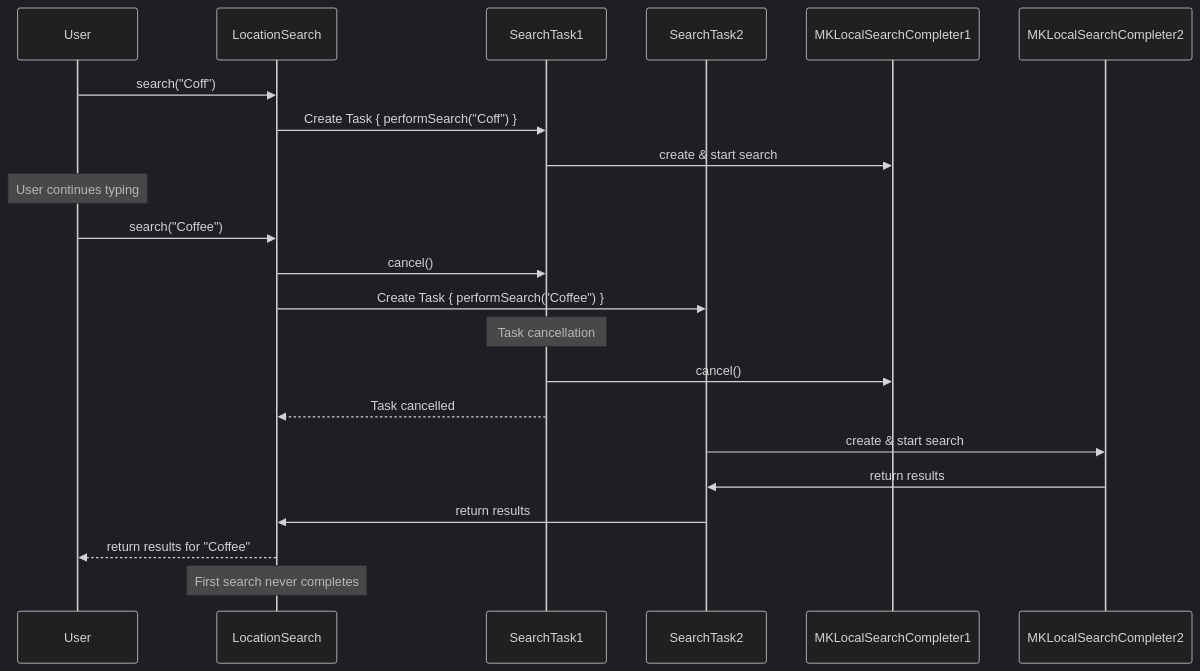
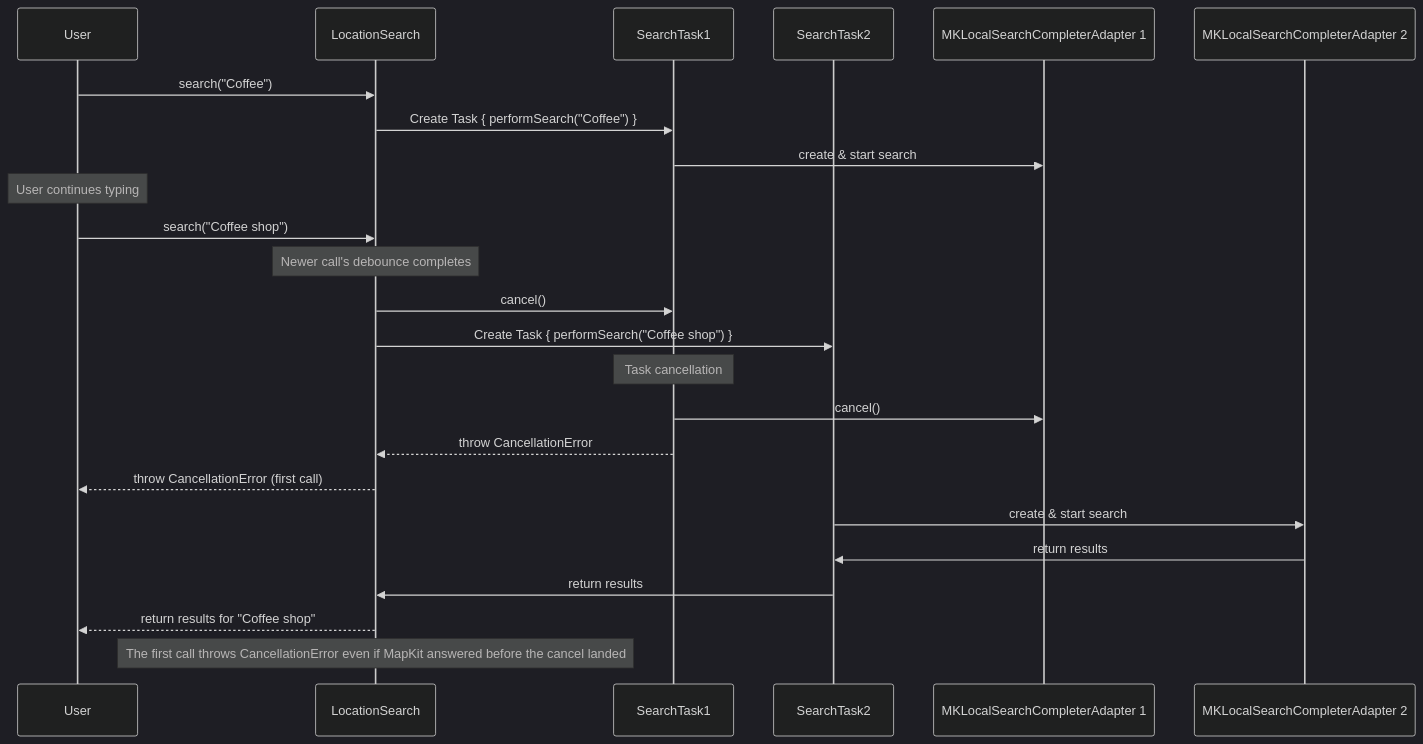
The third of 5 diagrams in docs/Diagrams/SearchFlowSequence.md (kraigspear/MapKitSwiftSearch), drawn with Mermaid (dark theme) before and after one commit. The commit also changed other lines of this file and 13 other files, not shown here.

````diff
--- a/docs/Diagrams/SearchFlowSequence.md
+++ b/docs/Diagrams/SearchFlowSequence.md
@@ -113,29 +113,31 @@
 ```mermaid
 sequenceDiagram
     participant User
     participant LocationSearch
     participant SearchTask1
     participant SearchTask2
-    participant MKLocalSearchCompleter1
-    participant MKLocalSearchCompleter2
+    participant Completer1 as MKLocalSearchCompleterAdapter 1
+    participant Completer2 as MKLocalSearchCompleterAdapter 2
     
-    User->>LocationSearch: search("Coff")
-    LocationSearch->>SearchTask1: Create Task { performSearch("Coff") }
-    SearchTask1->>MKLocalSearchCompleter1: create & start search
+    User->>LocationSearch: search("Coffee")
+    LocationSearch->>SearchTask1: Create Task { performSearch("Coffee") }
+    SearchTask1->>Completer1: create & start search
     
     Note over User: User continues typing
-    User->>LocationSearch: search("Coffee")
+    User->>LocationSearch: search("Coffee shop")
+    Note over LocationSearch: Newer call's debounce completes
     LocationSearch->>SearchTask1: cancel()
-    LocationSearch->>SearchTask2: Create Task { performSearch("Coffee") }
+    LocationSearch->>SearchTask2: Create Task { performSearch("Coffee shop") }
     
     Note over SearchTask1: Task cancellation
-    SearchTask1->>MKLocalSearchCompleter1: cancel()
-    SearchTask1-->>LocationSearch: Task cancelled
+    SearchTask1->>Completer1: cancel()
+    SearchTask1-->>LocationSearch: throw CancellationError
+    LocationSearch-->>User: throw CancellationError (first call)
     
-    SearchTask2->>MKLocalSearchCompleter2: create & start search
-    MKLocalSearchCompleter2->>SearchTask2: return results
+    SearchTask2->>Completer2: create & start search
+    Completer2->>SearchTask2: return results
     SearchTask2->>LocationSearch: return results
-    LocationSearch-->>User: return results for "Coffee"
+    LocationSearch-->>User: return results for "Coffee shop"
     
-    Note over LocationSearch: First search never completes
+    Note over LocationSearch: The first call throws CancellationError even if MapKit answered before the cancel landed
 ```
````
